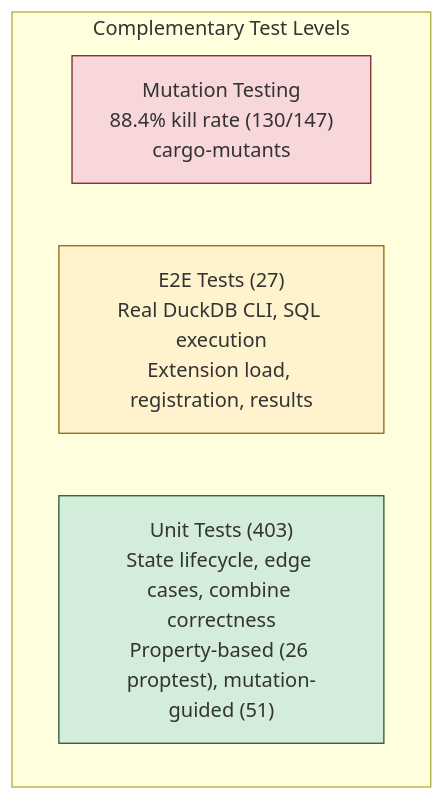
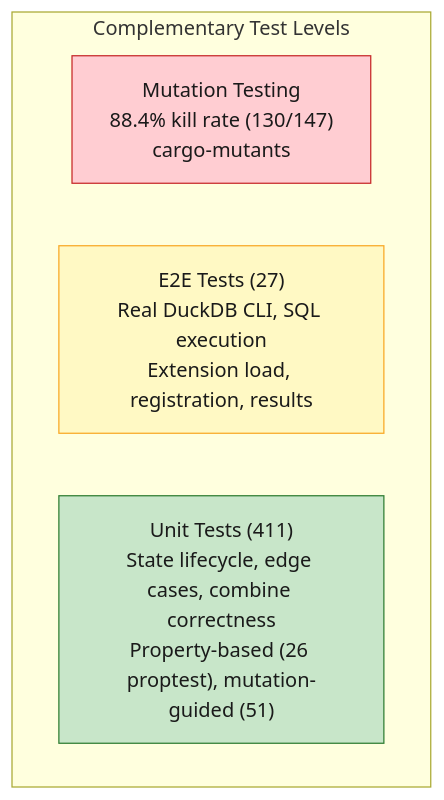
One commit to tomtom215/duckdb-behavioral changed the second of 4 diagrams in docs/src/engineering.md. Above: the diagram before and after it, drawn with Mermaid. The commit also changed other lines of this file and 33 other files, not shown here.

````diff
--- a/docs/src/engineering.md
+++ b/docs/src/engineering.md
@@ -131,12 +147,12 @@
 ```mermaid
 graph TB
     subgraph "Complementary Test Levels"
         L3["Mutation Testing<br/>88.4% kill rate (130/147)<br/>cargo-mutants"]
         L2["E2E Tests (27)<br/>Real DuckDB CLI, SQL execution<br/>Extension load, registration, results"]
-        L1["Unit Tests (403)<br/>State lifecycle, edge cases, combine correctness<br/>Property-based (26 proptest), mutation-guided (51)"]
+        L1["Unit Tests (411)<br/>State lifecycle, edge cases, combine correctness<br/>Property-based (26 proptest), mutation-guided (51)"]
     end
 
-    style L1 fill:#d4edda,stroke:#155724
-    style L2 fill:#fff3cd,stroke:#856404
-    style L3 fill:#f8d7da,stroke:#721c24
+    style L1 fill:#c8e6c9,stroke:#2e7d32,color:#1a1a1a
+    style L2 fill:#fff9c4,stroke:#f9a825,color:#1a1a1a
+    style L3 fill:#ffcdd2,stroke:#c62828,color:#1a1a1a
 ```
````
